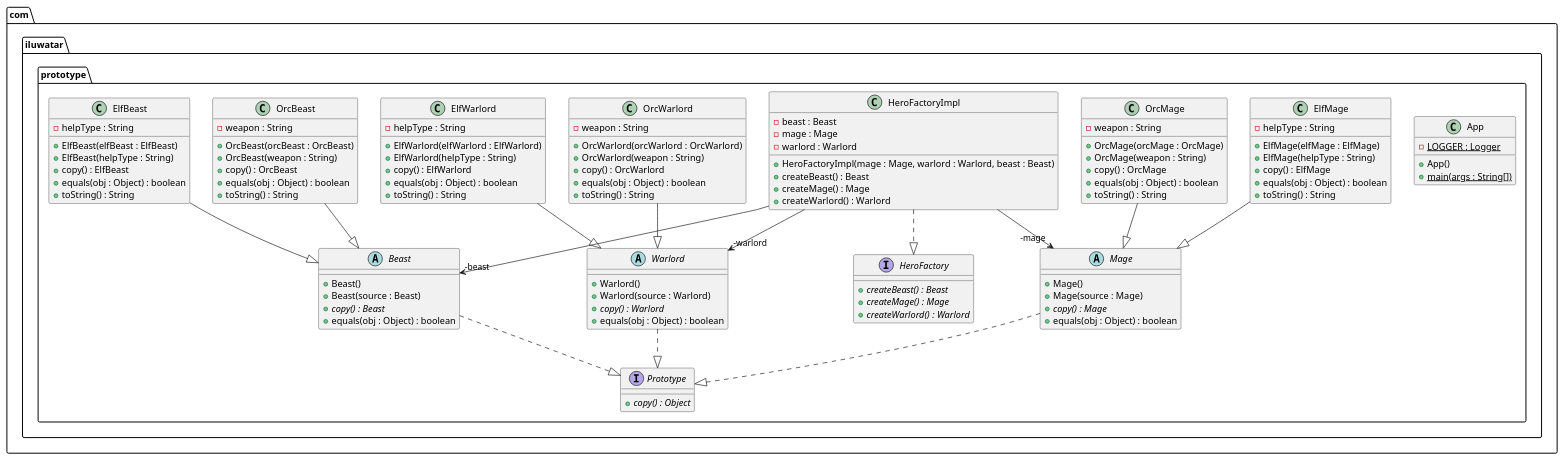
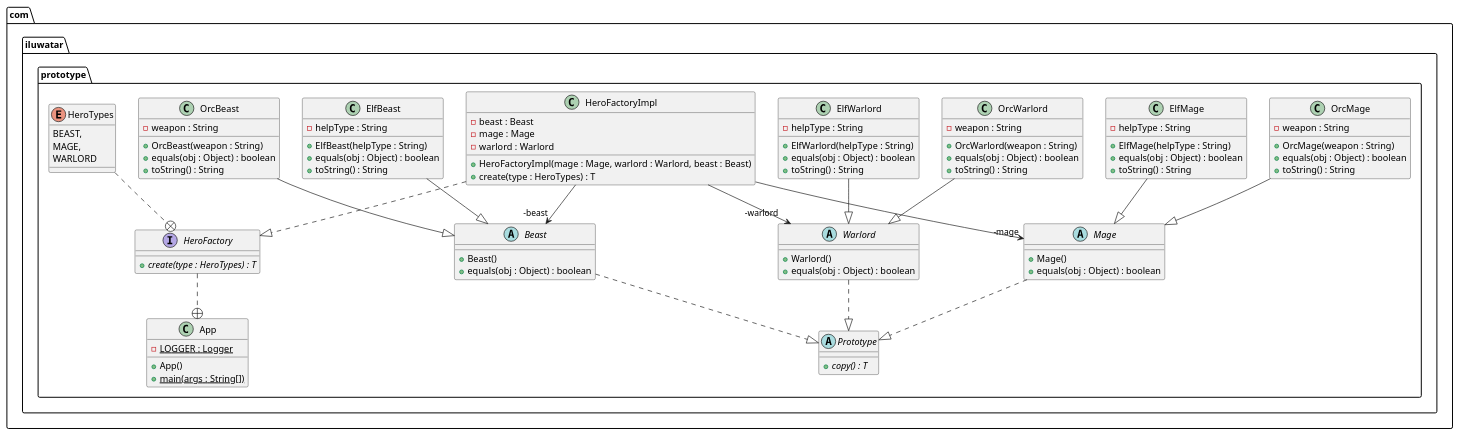
Before and after one commit to iluwatar/java-design-patterns: the diagram in prototype/etc/prototype.urm.puml, drawn with PlantUML. The commit also changed 15 other files, not shown here.

```diff
--- a/prototype/etc/prototype.urm.puml
+++ b/prototype/etc/prototype.urm.puml
@@ -1,105 +1,92 @@
 @startuml
 package com.iluwatar.prototype {
+  abstract class Prototype {
+    + copy() : T {abstract}
+  }
   class App {
     - LOGGER : Logger {static}
     + App()
     + main(args : String[]) {static}
   }
   abstract class Beast {
     + Beast()
-    + Beast(source : Beast)
-    + copy() : Beast {abstract}
     + equals(obj : Object) : boolean
   }
   class ElfBeast {
     - helpType : String
-    + ElfBeast(elfBeast : ElfBeast)
     + ElfBeast(helpType : String)
-    + copy() : ElfBeast
     + equals(obj : Object) : boolean
     + toString() : String
   }
   class ElfMage {
     - helpType : String
-    + ElfMage(elfMage : ElfMage)
     + ElfMage(helpType : String)
-    + copy() : ElfMage
     + equals(obj : Object) : boolean
     + toString() : String
   }
   class ElfWarlord {
     - helpType : String
-    + ElfWarlord(elfWarlord : ElfWarlord)
     + ElfWarlord(helpType : String)
-    + copy() : ElfWarlord
     + equals(obj : Object) : boolean
     + toString() : String
   }
   interface HeroFactory {
-    + createBeast() : Beast {abstract}
-    + createMage() : Mage {abstract}
-    + createWarlord() : Warlord {abstract}
+    + create(type : HeroTypes) : T {abstract}
   }
   class HeroFactoryImpl {
     - beast : Beast
     - mage : Mage
     - warlord : Warlord
     + HeroFactoryImpl(mage : Mage, warlord : Warlord, beast : Beast)
-    + createBeast() : Beast
-    + createMage() : Mage
-    + createWarlord() : Warlord
+    + create(type : HeroTypes) : T
   }
   abstract class Mage {
     + Mage()
-    + Mage(source : Mage)
-    + copy() : Mage {abstract}
     + equals(obj : Object) : boolean
   }
   class OrcBeast {
     - weapon : String
-    + OrcBeast(orcBeast : OrcBeast)
     + OrcBeast(weapon : String)
-    + copy() : OrcBeast
     + equals(obj : Object) : boolean
     + toString() : String
   }
   class OrcMage {
     - weapon : String
-    + OrcMage(orcMage : OrcMage)
     + OrcMage(weapon : String)
-    + copy() : OrcMage
     + equals(obj : Object) : boolean
     + toString() : String
   }
   class OrcWarlord {
     - weapon : String
-    + OrcWarlord(orcWarlord : OrcWarlord)
     + OrcWarlord(weapon : String)
-    + copy() : OrcWarlord
     + equals(obj : Object) : boolean
     + toString() : String
   }
-  interface Prototype {
-    + copy() : Object {abstract}
-  }
+
   abstract class Warlord {
     + Warlord()
-    + Warlord(source : Warlord)
-    + copy() : Warlord {abstract}
     + equals(obj : Object) : boolean
   }
+  enum HeroTypes {
+    BEAST,
+    MAGE,
+    WARLORD
+  }
 }
+
+Beast ..|> Prototype
+ElfBeast --|> Beast
+OrcBeast --|> Beast
+Mage ..|> Prototype
+ElfMage --|> Mage
+OrcMage --|> Mage
+Warlord ..|> Prototype
+ElfWarlord --|> Warlord 
+OrcWarlord --|> Warlord
+HeroFactory ..+ App
+HeroTypes ..+ HeroFactory
 HeroFactoryImpl -->  "-beast" Beast
 HeroFactoryImpl -->  "-warlord" Warlord
 HeroFactoryImpl -->  "-mage" Mage
-Beast ..|> Prototype 
-ElfBeast --|> Beast 
-ElfMage --|> Mage 
-ElfWarlord --|> Warlord 
-HeroFactoryImpl ..|> HeroFactory 
-Mage ..|> Prototype 
-OrcBeast --|> Beast 
-OrcMage --|> Mage 
-OrcWarlord --|> Warlord 
-Warlord ..|> Prototype 
+HeroFactoryImpl ..|> HeroFactory
 @enduml
```
